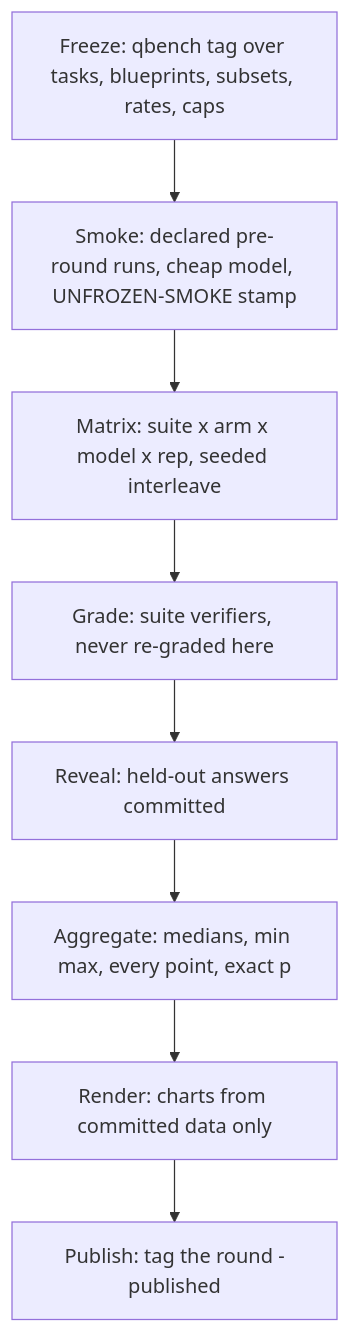
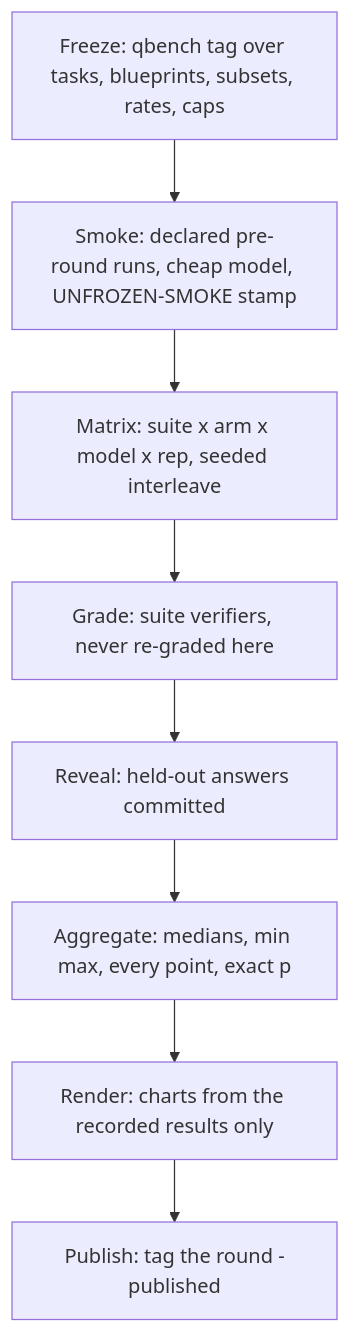
Before and after one commit to GEMISIS/leviath-benchmarks: the diagram in METHODOLOGY.md, drawn with Mermaid. The commit also changed other lines of this file and 124 other files, not shown here.

````diff
--- a/METHODOLOGY.md
+++ b/METHODOLOGY.md
@@ -153,10 +155,10 @@
 ```mermaid
 flowchart TD
     A["Freeze: qbench tag over tasks, blueprints, subsets, rates, caps"] --> B["Smoke: declared pre-round runs, cheap model, UNFROZEN-SMOKE stamp"]
     B --> C["Matrix: suite x arm x model x rep, seeded interleave"]
     C --> D["Grade: suite verifiers, never re-graded here"]
     D --> E["Reveal: held-out answers committed"]
     E --> F["Aggregate: medians, min max, every point, exact p"]
-    F --> G["Render: charts from committed data only"]
+    F --> G["Render: charts from the recorded results only"]
     G --> H["Publish: tag the round -published"]
 ```
````
